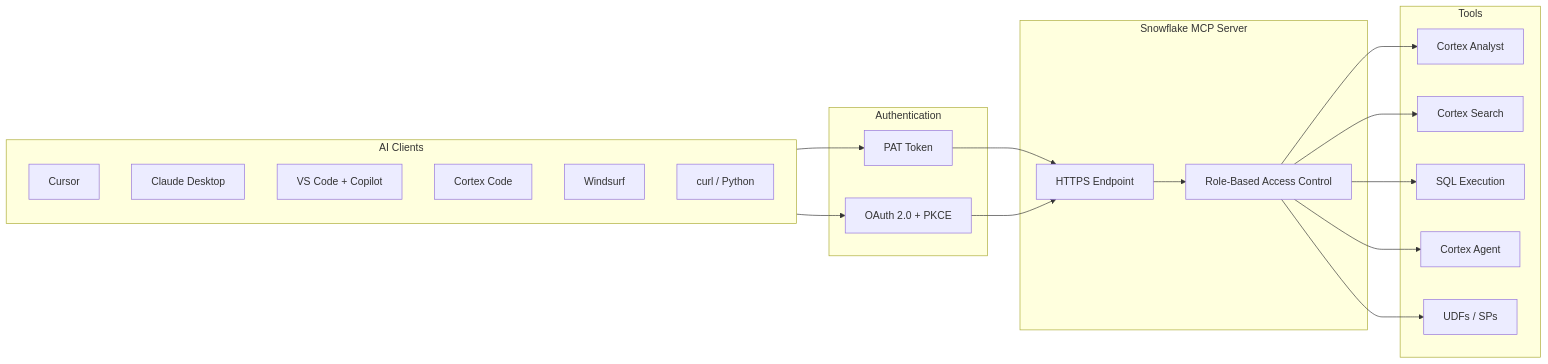
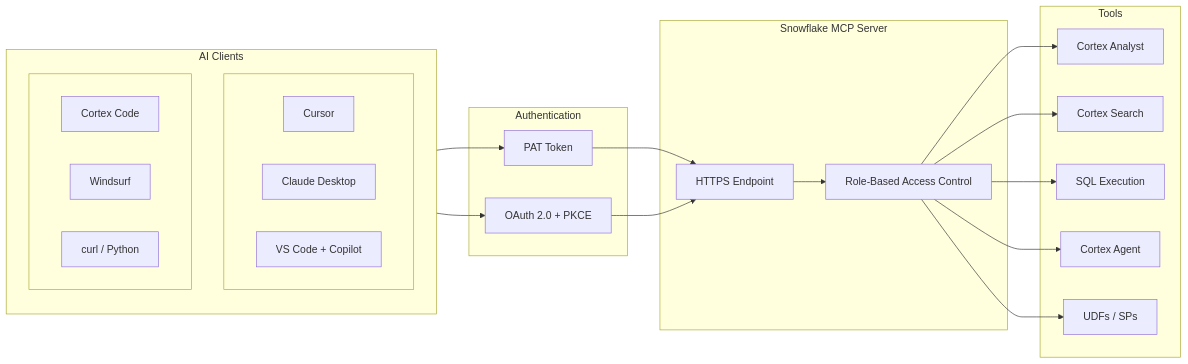
The first of 5 diagrams in guide-mcp-auth/README.md (sfc-gh-miwhitaker/sfe-public), drawn with Mermaid before and after one commit. The commit also changed other lines of this file, not shown here.

First line of the commit message:
docs: enhance MCP authentication guide with improved client connection diagrams and important notes

````diff
--- a/guide-mcp-auth/README.md
+++ b/guide-mcp-auth/README.md
@@ -13,40 +13,45 @@
 ```mermaid
 flowchart LR
     subgraph clients [AI Clients]
-        Cursor[Cursor]
-        Claude[Claude Desktop]
-        VSCode[VS Code + Copilot]
-        CortexCode[Cortex Code]
-        Windsurf[Windsurf]
-        Custom[curl / Python]
+        direction TB
+        subgraph row1 [" "]
+            Cursor[Cursor]
+            Claude[Claude Desktop]
+            VSCode[VS Code + Copilot]
+        end
+        subgraph row2 [" "]
+            CortexCode[Cortex Code]
+            Windsurf[Windsurf]
+            Custom[curl / Python]
+        end
     end
 
     subgraph auth [Authentication]
         PAT[PAT Token]
         OAuth[OAuth 2.0 + PKCE]
     end
 
     subgraph mcp [Snowflake MCP Server]
         Endpoint["HTTPS Endpoint"]
         RBAC[Role-Based Access Control]
     end
 
     subgraph tools [Tools]
         Analyst[Cortex Analyst]
         Search[Cortex Search]
         SQL[SQL Execution]
         Agent[Cortex Agent]
         UDF[UDFs / SPs]
     end
 
     clients --> PAT
     clients --> OAuth
     PAT --> Endpoint
     OAuth --> Endpoint
     Endpoint --> RBAC
     RBAC --> Analyst
     RBAC --> Search
     RBAC --> SQL
     RBAC --> Agent
     RBAC --> UDF
 ```
````
